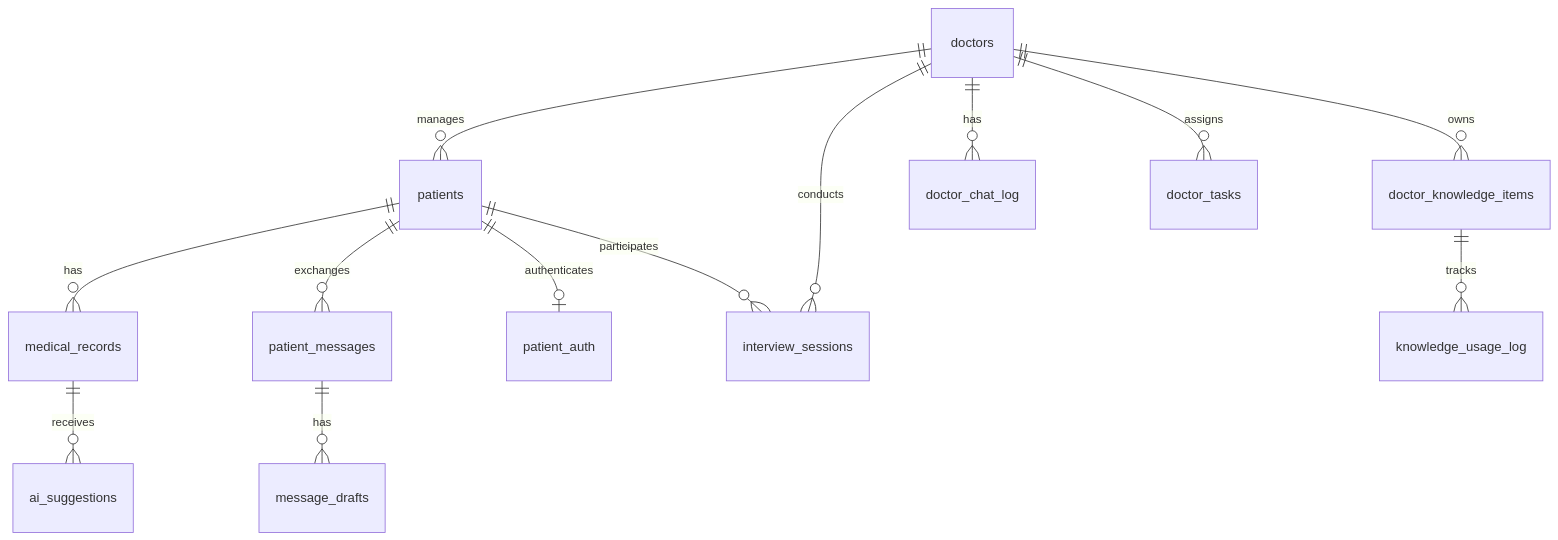
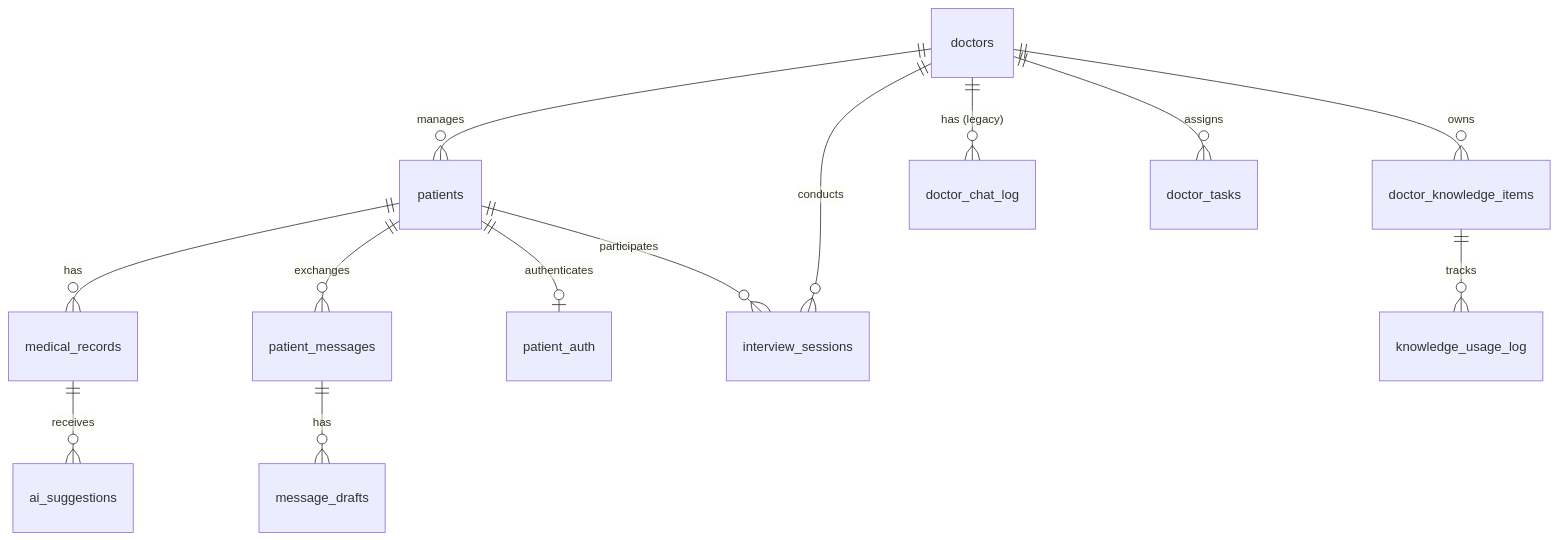
One commit to moments8890/doctor-ai-agent changed the seventh of 11 diagrams in docs/architecture.md. Above: the diagram before and after it, drawn with Mermaid. The commit also changed other lines of this file and 54 other files, not shown here.

````diff
--- a/docs/architecture.md
+++ b/docs/architecture.md
@@ -429,15 +379,15 @@
 ```mermaid
 erDiagram
     doctors ||--o{ patients : manages
     doctors ||--o{ doctor_knowledge_items : owns
-    doctors ||--o{ doctor_chat_log : has
+    doctors ||--o{ doctor_chat_log : "has (legacy)"
     patients ||--o{ medical_records : has
     patients ||--o{ patient_messages : exchanges
     patients ||--o| patient_auth : authenticates
     medical_records ||--o{ ai_suggestions : receives
     doctors ||--o{ interview_sessions : conducts
     patients ||--o{ interview_sessions : participates
     doctors ||--o{ doctor_tasks : assigns
     patient_messages ||--o{ message_drafts : has
     doctor_knowledge_items ||--o{ knowledge_usage_log : tracks
 ```
````
